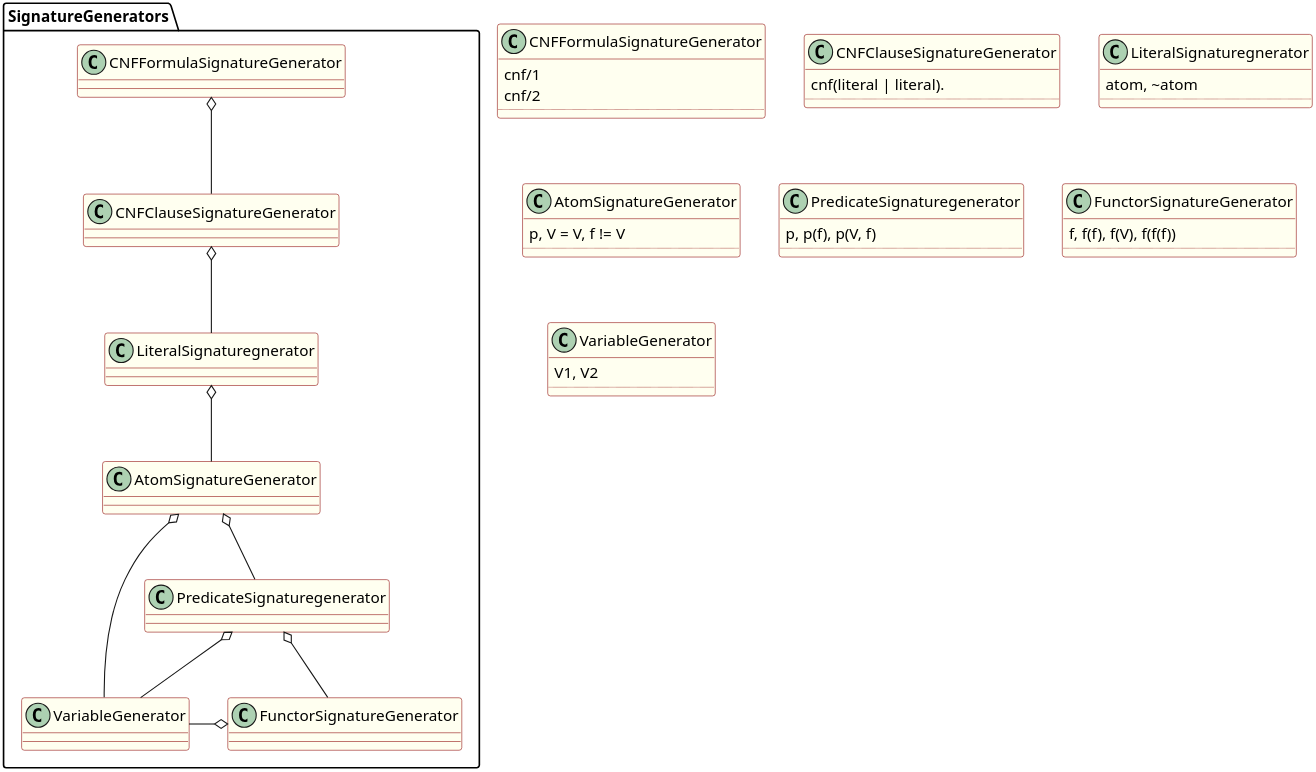
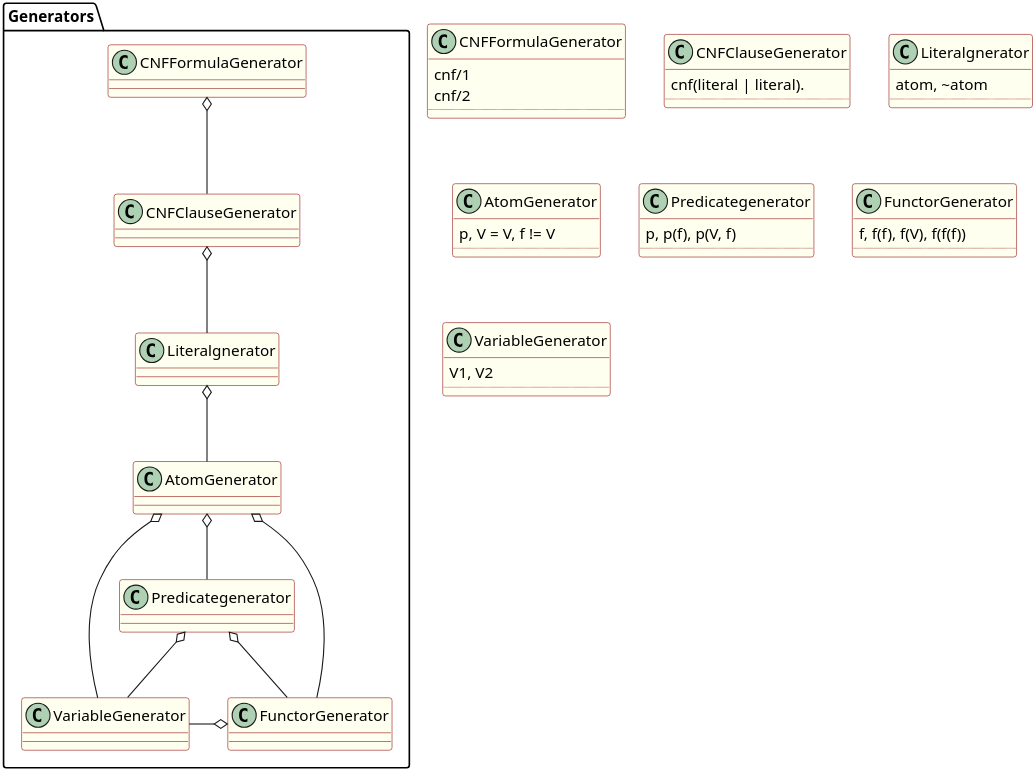
Before and after one commit to Mateusz-Grzelinski/set-research-documentation: the diagram in logic-formula-generator/fol/cnf_signature_generators.puml, drawn with PlantUML. The commit also changed 17 other files, not shown here.

```diff
--- a/logic-formula-generator/fol/cnf_signature_generators.puml
+++ b/logic-formula-generator/fol/cnf_signature_generators.puml
@@ -1,56 +1,57 @@
 @startuml
 skinparam dpi 300
 
 skinparam class {
   backgroundColor Ivory
   borderColor DarkRed
 }
 
-package SignatureGenerators {
+package Generators {
 
-CNFFormulaSignatureGenerator o-- CNFClauseSignatureGenerator
-CNFClauseSignatureGenerator o-- LiteralSignaturegnerator
-LiteralSignaturegnerator o-- AtomSignatureGenerator
-AtomSignatureGenerator o-- PredicateSignaturegenerator
-AtomSignatureGenerator o-- VariableGenerator
-PredicateSignaturegenerator o-- VariableGenerator
-PredicateSignaturegenerator o-- FunctorSignatureGenerator
-VariableGenerator -o FunctorSignatureGenerator 
+CNFFormulaGenerator o-- CNFClauseGenerator
+CNFClauseGenerator o-- Literalgnerator
+Literalgnerator o-- AtomGenerator
+AtomGenerator o-- Predicategenerator
+AtomGenerator o-- VariableGenerator
+AtomGenerator o-- FunctorGenerator
+Predicategenerator o-- VariableGenerator
+Predicategenerator o-- FunctorGenerator
+VariableGenerator -o FunctorGenerator 
 }
 
-class CNFFormulaSignatureGenerator {
+class CNFFormulaGenerator {
 	cnf/1
 	cnf/2
 	..
 }
 
-class CNFClauseSignatureGenerator {
+class CNFClauseGenerator {
 	cnf(literal | literal).
 	..
 }
 
-class LiteralSignaturegnerator {
+class Literalgnerator {
 	atom, ~atom
 	..
 }
 
-class AtomSignatureGenerator {
+class AtomGenerator {
 	p, V = V, f != V
 	..
 }
 
-class PredicateSignaturegenerator {
+class Predicategenerator {
 	p, p(f), p(V, f)
 	..
 }
 
-class FunctorSignatureGenerator {
+class FunctorGenerator {
 	f, f(f), f(V), f(f(f))
 	..
 }
 
 class VariableGenerator {
 	V1, V2
 	..
 }
 @enduml
```
